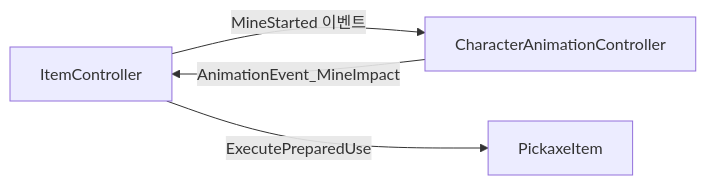
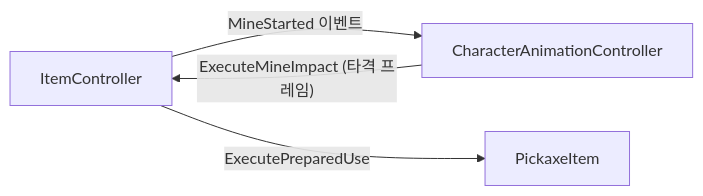
The first of 4 diagrams in src/1-folk-sack/기술문서.md (ashadeveloperr/ashadeveloperr.github.io), drawn with Mermaid before and after one commit. The commit also changed other lines of this file and 4 other files, not shown here.

````diff
--- a/src/1-folk-sack/기술문서.md
+++ b/src/1-folk-sack/기술문서.md
@@ -66,6 +66,6 @@
 ```mermaid
 flowchart LR
   IC["ItemController"] -->|"MineStarted 이벤트"| CAC["CharacterAnimationController"]
-  CAC -->|"AnimationEvent_MineImpact"| IC
+  CAC -->|"ExecuteMineImpact (타격 프레임)"| IC
   IC -->|"ExecutePreparedUse"| PI["PickaxeItem"]
 ```
````
